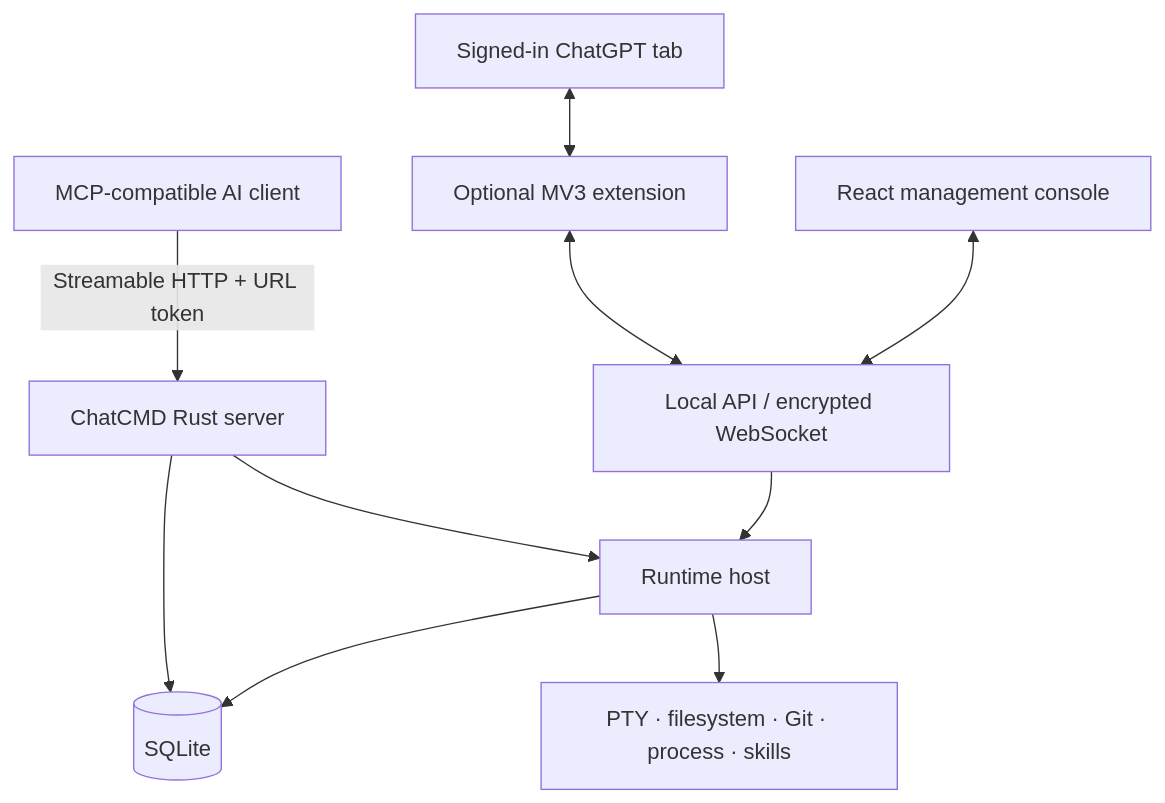
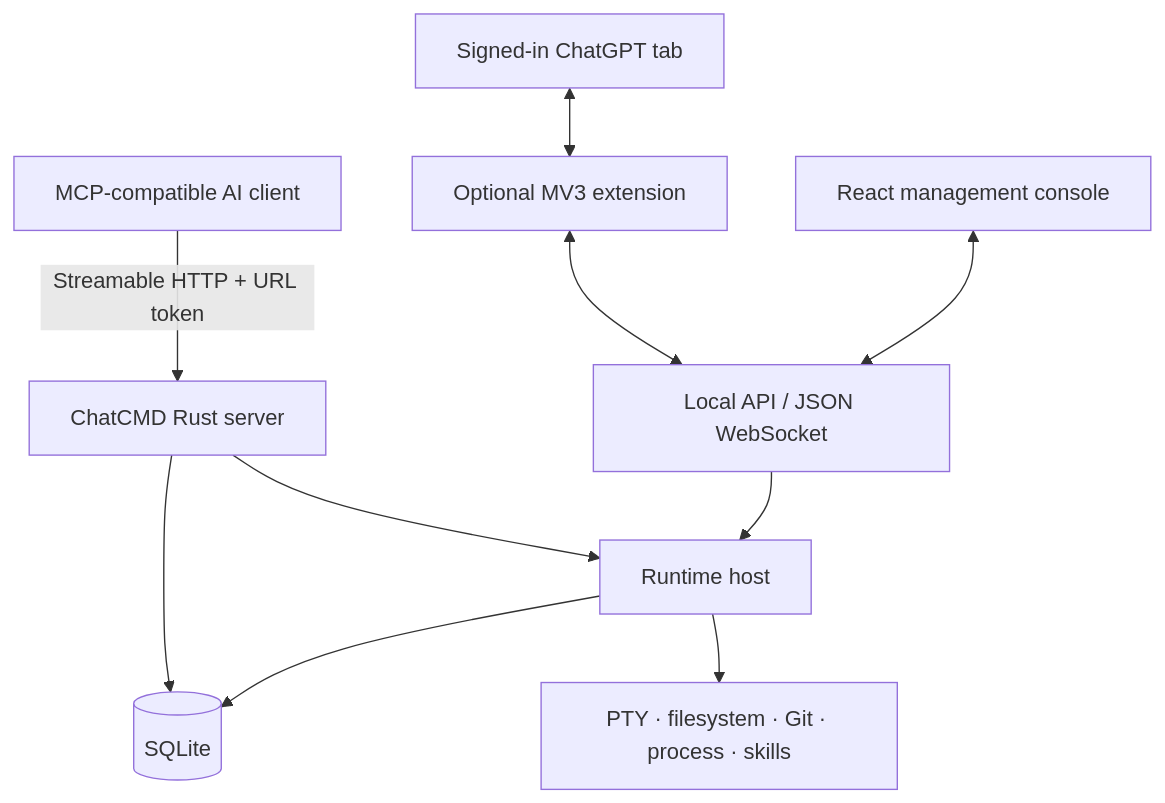
The diagram in docs/ARCHITECTURE.md (int04/ChatCmd), drawn with Mermaid before and after one commit. The commit also changed other lines of this file and 27 other files, not shown here.

Commit message:
Remove application-layer API and WebSocket encryption

````diff
--- a/docs/ARCHITECTURE.md
+++ b/docs/ARCHITECTURE.md
@@ -7,12 +7,12 @@
 ```mermaid
 flowchart TB
     Client["MCP-compatible AI client"] -->|"Streamable HTTP + URL token"| Server["ChatCMD Rust server"]
     Browser["Signed-in ChatGPT tab"] <--> Extension["Optional MV3 extension"]
-    Extension <--> Local["Local API / encrypted WebSocket"]
+    Extension <--> Local["Local API / JSON WebSocket"]
     Console["React management console"] <--> Local
     Server --> Host["Runtime host"]
     Local --> Host
     Host --> Runtime["PTY · filesystem · Git · process · skills"]
     Host --> Storage[("SQLite")]
     Server --> Storage
 ```
````
